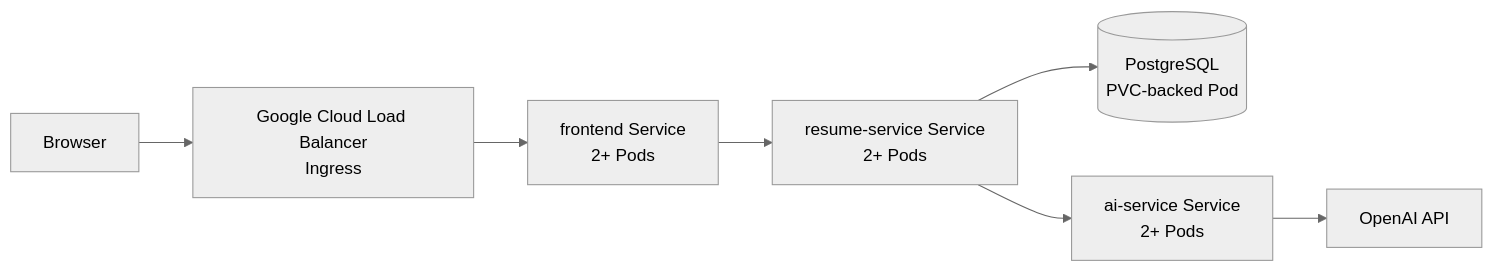
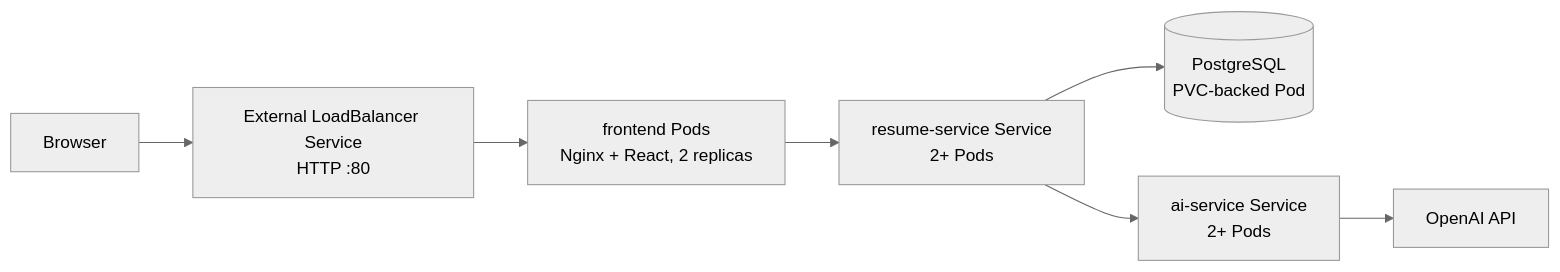
Before and after one commit to zzkhangg/tailor-cv-ai: the second of 2 diagrams in docs/architecture.md, drawn with Mermaid (neutral theme). The commit also changed other lines of this file and 5 other files, not shown here.

````diff
--- a/docs/architecture.md
+++ b/docs/architecture.md
@@ -31,9 +31,9 @@
 ```mermaid
 flowchart LR
-    U[Browser] --> LB[Google Cloud Load Balancer<br/>Ingress]
-    LB --> F[frontend Service<br/>2+ Pods]
+    U[Browser] --> LB[External LoadBalancer Service<br/>HTTP :80]
+    LB --> F[frontend Pods<br/>Nginx + React, 2 replicas]
     F --> R[resume-service Service<br/>2+ Pods]
     R --> P[(PostgreSQL<br/>PVC-backed Pod)]
     R --> A[ai-service Service<br/>2+ Pods]
     A --> O[OpenAI API]
 ```
````
